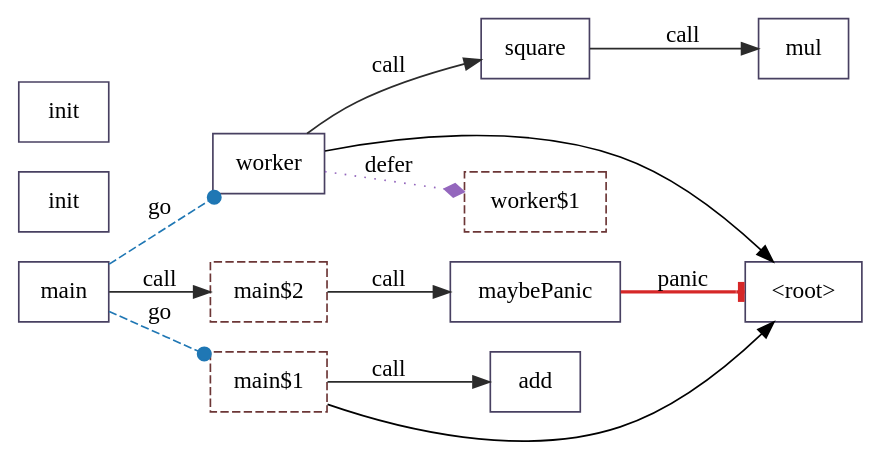
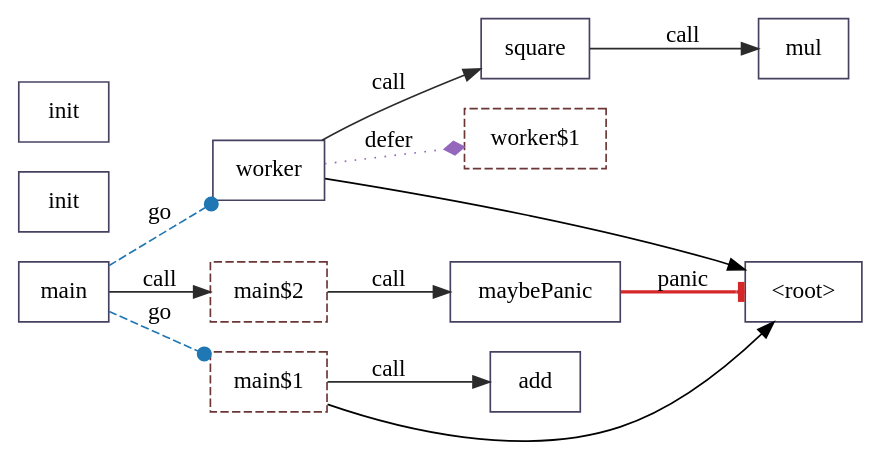
One commit to KeithFarrugia/go-callstat changed the diagram in cg.dot. Above: the diagram before and after it, drawn with Graphviz. The commit also changed 17 other files, not shown here.

```diff
--- a/cg.dot
+++ b/cg.dot
@@ -1,26 +1,26 @@
-digraph G {
+digraph "" {
   rankdir=LR;
   "n0" [color="#484061", label="<root>", shape="box", style="solid"];
-  "n1" [color="#484061", label="add", shape="box", style="solid", tooltip="example.com/depusagetest.add"];
+  "n1" [color="#484061", label="main", shape="box", style="solid", tooltip="example.com/depusagetest.main"];
   "n10" [color="#484061", label="init", shape="box", style="solid", tooltip="example.com/depusagetest.init"];
   "n11" [color="#484061", label="init", shape="box", style="solid", tooltip="example.com/depusagetest/something.init"];
-  "n2" [color="#484061", label="mul", shape="box", style="solid", tooltip="example.com/depusagetest.mul"];
-  "n3" [color="#484061", label="square", shape="box", style="solid", tooltip="example.com/depusagetest.square"];
-  "n4" [color="#484061", label="worker", shape="box", style="solid", tooltip="example.com/depusagetest.worker"];
-  "n5" [color="#6c3636", label="worker$1", shape="box", style="dashed", tooltip="example.com/depusagetest.worker$1"];
-  "n6" [color="#484061", label="maybePanic", shape="box", style="solid", tooltip="example.com/depusagetest.maybePanic"];
-  "n7" [color="#484061", label="main", shape="box", style="solid", tooltip="example.com/depusagetest.main"];
-  "n8" [color="#6c3636", label="main$1", shape="box", style="dashed", tooltip="example.com/depusagetest.main$1"];
-  "n9" [color="#6c3636", label="main$2", shape="box", style="dashed", tooltip="example.com/depusagetest.main$2"];
-  "n7" -> "n4" [arrowhead="dot", color="#1f77b4", label="go", style="dashed", tooltip="concurrent go worker(1:int, t4, t5)"];
-  "n7" -> "n8" [arrowhead="dot", color="#1f77b4", label="go", style="dashed", tooltip="concurrent go t9()"];
-  "n7" -> "n9" [arrowhead="normal", color="#2b2b2b", label="call", style="solid", tooltip="main$2(t12)"];
-  "n9" -> "n6" [arrowhead="normal", color="#2b2b2b", label="call", style="solid", tooltip="maybePanic(v)"];
-  "n6" -> "n0" [arrowhead="tee", color="#d62728", label="panic", style="bold", tooltip="panic t1"];
-  "n8" -> "n1" [arrowhead="normal", color="#2b2b2b", label="call", style="solid", tooltip="add(2:int, 3:int)"];
-  "n8" -> "n0" [arrowhead="normal", color="black", label="", style="solid", tooltip="send t1 <- t2"];
-  "n3" -> "n2" [arrowhead="normal", color="#2b2b2b", label="call", style="solid", tooltip="mul(x, x)"];
-  "n4" -> "n5" [arrowhead="diamond", color="#9467bd", label="defer", style="dotted", tooltip="deferred defer t1()"];
-  "n4" -> "n3" [arrowhead="normal", color="#2b2b2b", label="call", style="solid", tooltip="square(t4)"];
-  "n4" -> "n0" [arrowhead="normal", color="black", label="", style="solid", tooltip="send results <- t5"];
+  "n2" [color="#484061", label="worker", shape="box", style="solid", tooltip="example.com/depusagetest.worker"];
+  "n3" [color="#6c3636", label="worker$1", shape="box", style="dashed", tooltip="example.com/depusagetest.worker$1"];
+  "n4" [color="#484061", label="square", shape="box", style="solid", tooltip="example.com/depusagetest.square"];
+  "n5" [color="#484061", label="mul", shape="box", style="solid", tooltip="example.com/depusagetest.mul"];
+  "n6" [color="#6c3636", label="main$1", shape="box", style="dashed", tooltip="example.com/depusagetest.main$1"];
+  "n7" [color="#484061", label="add", shape="box", style="solid", tooltip="example.com/depusagetest.add"];
+  "n8" [color="#6c3636", label="main$2", shape="box", style="dashed", tooltip="example.com/depusagetest.main$2"];
+  "n9" [color="#484061", label="maybePanic", shape="box", style="solid", tooltip="example.com/depusagetest.maybePanic"];
+  "n1" -> "n2" [arrowhead="dot", color="#1f77b4", label="go", style="dashed", tooltip="concurrent go worker(1:int, t4, t5)"];
+  "n1" -> "n6" [arrowhead="dot", color="#1f77b4", label="go", style="dashed", tooltip="concurrent go t9()"];
+  "n1" -> "n8" [arrowhead="normal", color="#2b2b2b", label="call", style="solid", tooltip="main$2(t12)"];
+  "n4" -> "n5" [arrowhead="normal", color="#2b2b2b", label="call", style="solid", tooltip="mul(x, x)"];
+  "n6" -> "n7" [arrowhead="normal", color="#2b2b2b", label="call", style="solid", tooltip="add(2:int, 3:int)"];
+  "n6" -> "n0" [arrowhead="normal", color="black", label="", style="solid", tooltip="send t1 <- t2"];
+  "n8" -> "n9" [arrowhead="normal", color="#2b2b2b", label="call", style="solid", tooltip="maybePanic(v)"];
+  "n9" -> "n0" [arrowhead="tee", color="#d62728", label="panic", style="bold", tooltip="panic t1"];
+  "n2" -> "n3" [arrowhead="diamond", color="#9467bd", label="defer", style="dotted", tooltip="deferred defer t1()"];
+  "n2" -> "n4" [arrowhead="normal", color="#2b2b2b", label="call", style="solid", tooltip="square(t4)"];
+  "n2" -> "n0" [arrowhead="normal", color="black", label="", style="solid", tooltip="send results <- t5"];
 }
```
